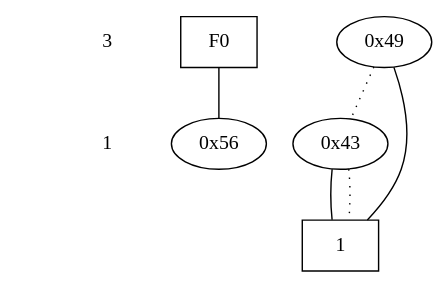
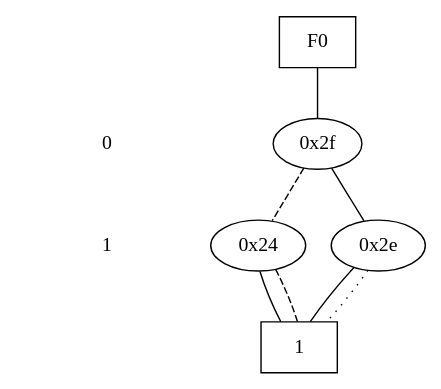
One commit to steefbrown/ece6740 changed the diagram in cudd-3.0.0/ash_curt_files/hw5_1.dot. Above: the diagram before and after it, drawn with Graphviz. The commit also changed 45 other files, not shown here.

```diff
--- a/cudd-3.0.0/ash_curt_files/hw5_1.dot
+++ b/cudd-3.0.0/ash_curt_files/hw5_1.dot
@@ -1,28 +1,31 @@
 digraph "DD" {
 size = "7.5,10"
 center = true;
 edge [dir = none];
 { node [shape = plaintext];
   edge [style = invis];
   "CONST NODES" [style = invis];
-" 3 " -> " 1 " -> "CONST NODES"; 
+" 0 " -> " 1 " -> "CONST NODES"; 
 }
 { rank = same; node [shape = box]; edge [style = invis];
 "F0"; }
-{ rank = same; " 3 ";
-"0x49";
+{ rank = same; " 0 ";
+"0x2f";
 }
 { rank = same; " 1 ";
-"0x43";
+"0x24";
+"0x2e";
 }
 { rank = same; "CONST NODES";
-{ node [shape = box]; "0x3e";
+{ node [shape = box]; "0x19";
 }
 }
-"F0" -> "0x56" [style = solid];
-"0x49" -> "0x3e";
-"0x49" -> "0x43" [style = dotted];
-"0x43" -> "0x3e";
-"0x43" -> "0x3e" [style = dotted];
-"0x3e" [label = "1"];
+"F0" -> "0x2f" [style = solid];
+"0x2f" -> "0x2e";
+"0x2f" -> "0x24" [style = dashed];
+"0x24" -> "0x19";
+"0x24" -> "0x19" [style = dashed];
+"0x2e" -> "0x19";
+"0x2e" -> "0x19" [style = dotted];
+"0x19" [label = "1"];
 }
```
